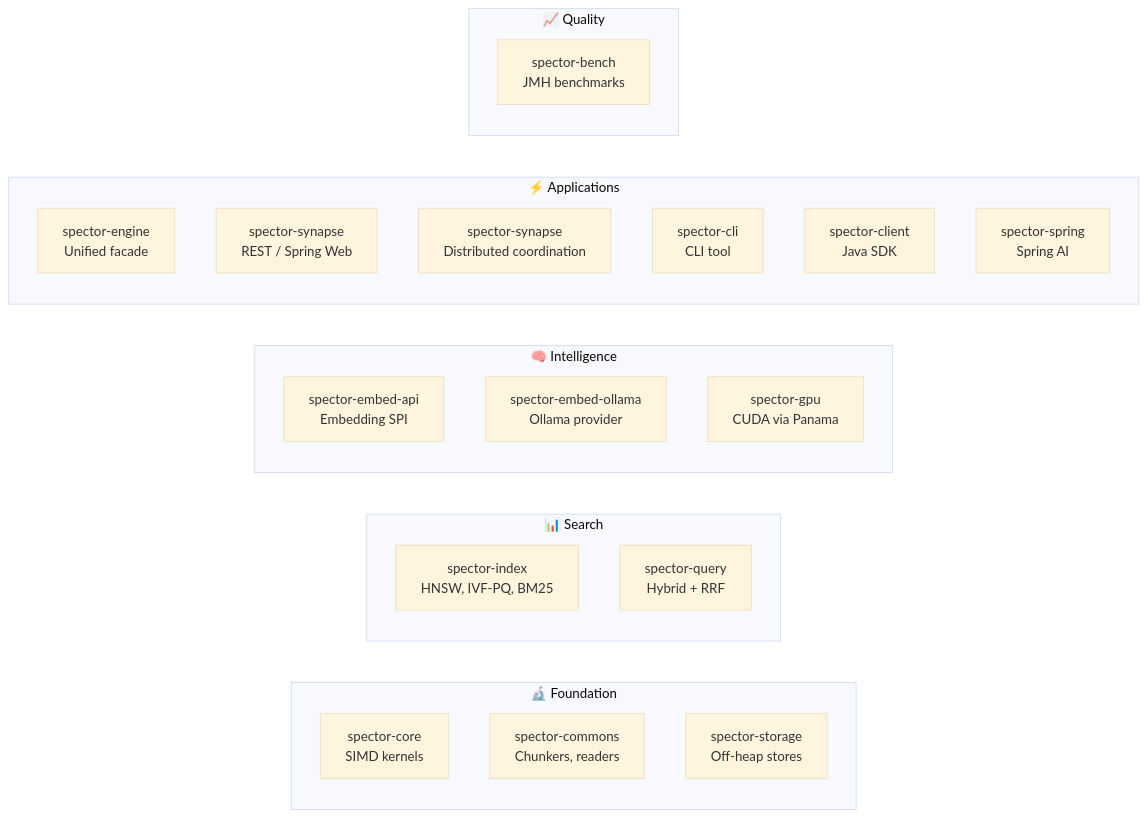
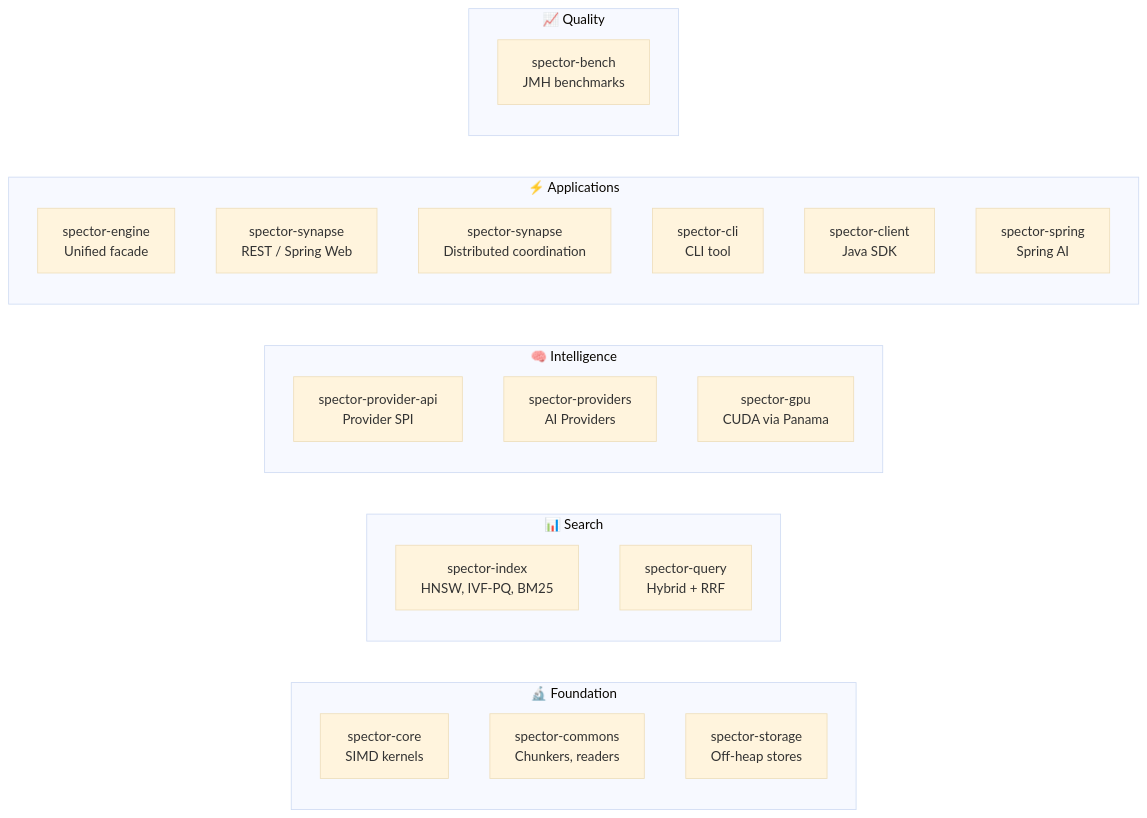
The diagram in docs/docs/operations/contributing.md (spectrayan/spector), drawn with Mermaid (base theme) before and after one commit. The commit also changed 41 other files, not shown here.

````diff
--- a/docs/docs/operations/contributing.md
+++ b/docs/docs/operations/contributing.md
@@ -45,32 +45,32 @@
 ```mermaid
 graph LR
     subgraph "🔬 Foundation"
         core["spector-core<br/>SIMD kernels"]
         commons["spector-commons<br/>Chunkers, readers"]
         storage["spector-storage<br/>Off-heap stores"]
     end
 
     subgraph "📊 Search"
         index["spector-index<br/>HNSW, IVF-PQ, BM25"]
         query["spector-query<br/>Hybrid + RRF"]
     end
 
     subgraph "🧠 Intelligence"
-        embedapi["spector-embed-api<br/>Embedding SPI"]
-        embedollama["spector-embed-ollama<br/>Ollama provider"]
+        providerapi["spector-provider-api<br/>Provider SPI"]
+        providers["spector-providers<br/>AI Providers"]
         gpu["spector-gpu<br/>CUDA via Panama"]
     end
 
     subgraph "⚡ Applications"
         engine["spector-engine<br/>Unified facade"]
         server["spector-synapse<br/>REST / Spring Web"]
         cluster["spector-synapse<br/>Distributed coordination"]
         cli["spector-cli<br/>CLI tool"]
         client["spector-client<br/>Java SDK"]
         spring["spector-spring<br/>Spring AI"]
     end
 
     subgraph "📈 Quality"
         bench["spector-bench<br/>JMH benchmarks"]
     end
 ```
````
